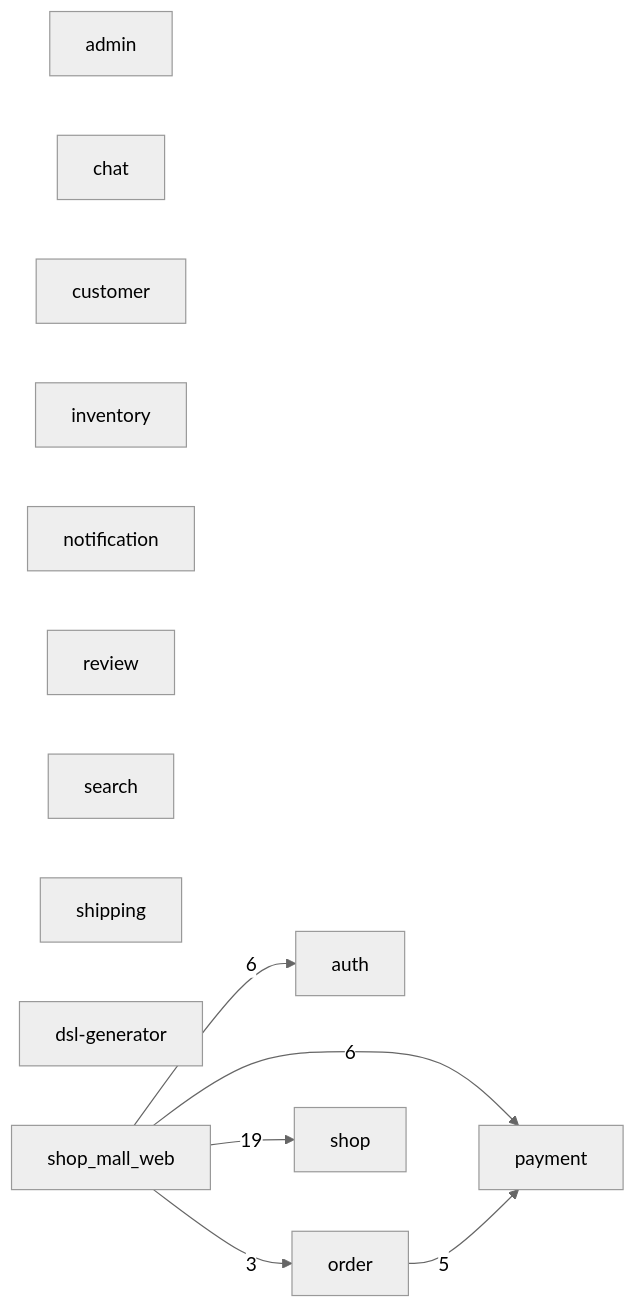
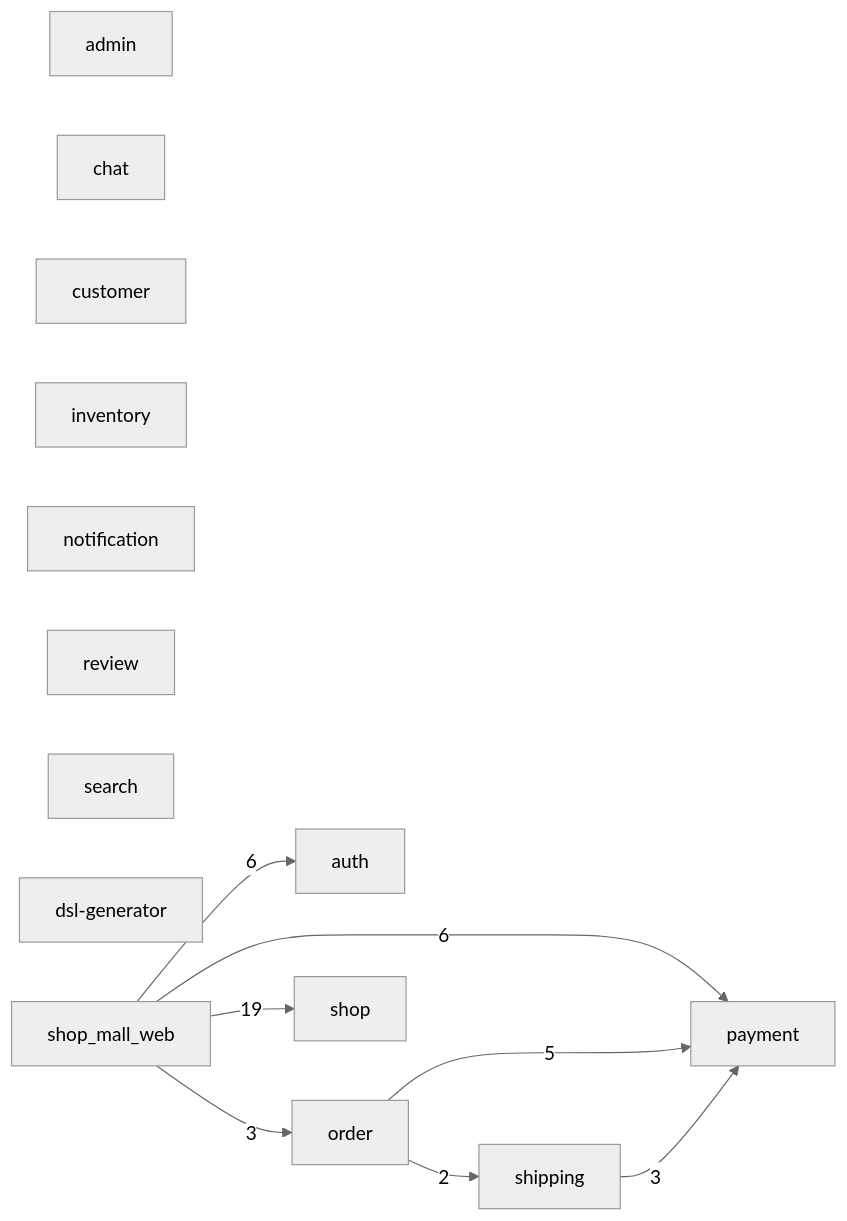
One commit to makoto-developer/go_microservice_example changed the diagram in ARCHITECTURE.md. Above: the diagram before and after it, drawn with Mermaid (neutral theme). The commit also changed other lines of this file and 14 other files, not shown here.

````diff
--- a/ARCHITECTURE.md
+++ b/ARCHITECTURE.md
@@ -10,22 +10,24 @@
 ```mermaid
 graph LR
   s0["admin"]
   s1["auth"]
   s2["chat"]
   s3["customer"]
   s4["inventory"]
   s5["notification"]
   s6["order"]
   s7["payment"]
   s8["review"]
   s9["search"]
   s10["shipping"]
   s11["shop"]
   s12["dsl-generator"]
   s13["shop_mall_web"]
   s13 -->|"19"| s11
   s13 -->|"6"| s7
   s13 -->|"6"| s1
   s6 -->|"5"| s7
+  s10 -->|"3"| s7
   s13 -->|"3"| s6
+  s6 -->|"2"| s10
 ```
````
